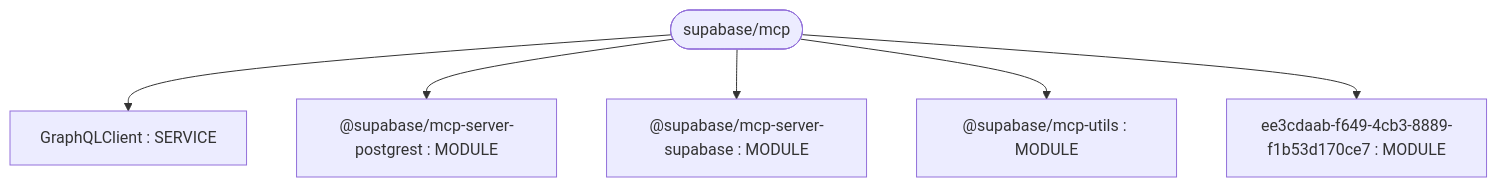
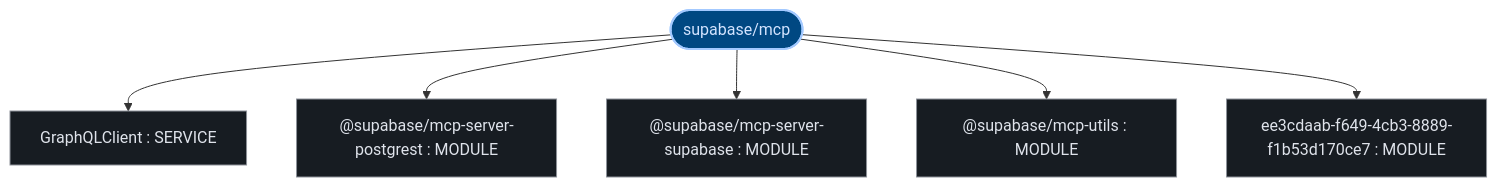
One commit to kumarshaz/atruss-code-atlas changed the first of 3 diagrams in exports/latest/reports/supabase-mcp-report.md. Above: the diagram before and after it, drawn with Mermaid. The commit also changed other lines of this file and 331 other files, not shown here.

Commit message:
docs,ui,fix: update SDLC docs, reorder CI/CD DAG first, stylize Mermaid, and fix Arc42 pipeline topology

````diff
--- a/exports/latest/reports/supabase-mcp-report.md
+++ b/exports/latest/reports/supabase-mcp-report.md
@@ -42,14 +42,21 @@
 ```mermaid
 graph TD;
-    ee3cdaab_f649_4cb3_8889_f1b53d170ce7["ee3cdaab-f649-4cb3-8889-f1b53d170ce7 : MODULE"]
-    _supabase_mcp_server_postgrest["@supabase/mcp-server-postgrest : MODULE"]
-    _supabase_mcp_server_supabase["@supabase/mcp-server-supabase : MODULE"]
-    _supabase_mcp_utils["@supabase/mcp-utils : MODULE"]
-    GraphQLClient["GraphQLClient : SERVICE"]
-    repo_root(["supabase/mcp"])
+  classDef atlasRoot fill:#004882,stroke:#a3c9ff,stroke-width:2px,color:#d3e4ff
+  classDef atlasCategory fill:#212428,stroke:#E87A48,stroke-width:1.5px,color:#dfe3eb
+  classDef atlasWorkflow fill:#1b2026,stroke:#a3c9ff,stroke-width:1.5px,color:#dfe3eb
+  classDef atlasJob fill:#171c22,stroke:#8d9199,stroke-width:1px,color:#dfe3eb
+  classDef atlasTarget fill:#005227,stroke:#8bd99b,stroke-width:1.5px,color:#a7f6b6
+  classDef atlasAlert fill:#93000a,stroke:#ffb4ab,stroke-width:1.5px,color:#ffdad6
+  classDef atlasMore fill:#252a31,stroke:#8d9199,stroke-dasharray:4 4,color:#c3c6cf
+    ee3cdaab_f649_4cb3_8889_f1b53d170ce7["ee3cdaab-f649-4cb3-8889-f1b53d170ce7 : MODULE"]:::atlasJob
+    _supabase_mcp_server_postgrest["@supabase/mcp-server-postgrest : MODULE"]:::atlasJob
+    _supabase_mcp_server_supabase["@supabase/mcp-server-supabase : MODULE"]:::atlasJob
+    _supabase_mcp_utils["@supabase/mcp-utils : MODULE"]:::atlasJob
+    GraphQLClient["GraphQLClient : SERVICE"]:::atlasJob
+    repo_root(["supabase/mcp"]):::atlasRoot
     repo_root --> GraphQLClient
     repo_root --> _supabase_mcp_server_postgrest
     repo_root --> _supabase_mcp_server_supabase
     repo_root --> _supabase_mcp_utils
     repo_root --> ee3cdaab_f649_4cb3_8889_f1b53d170ce7
 ```
````
